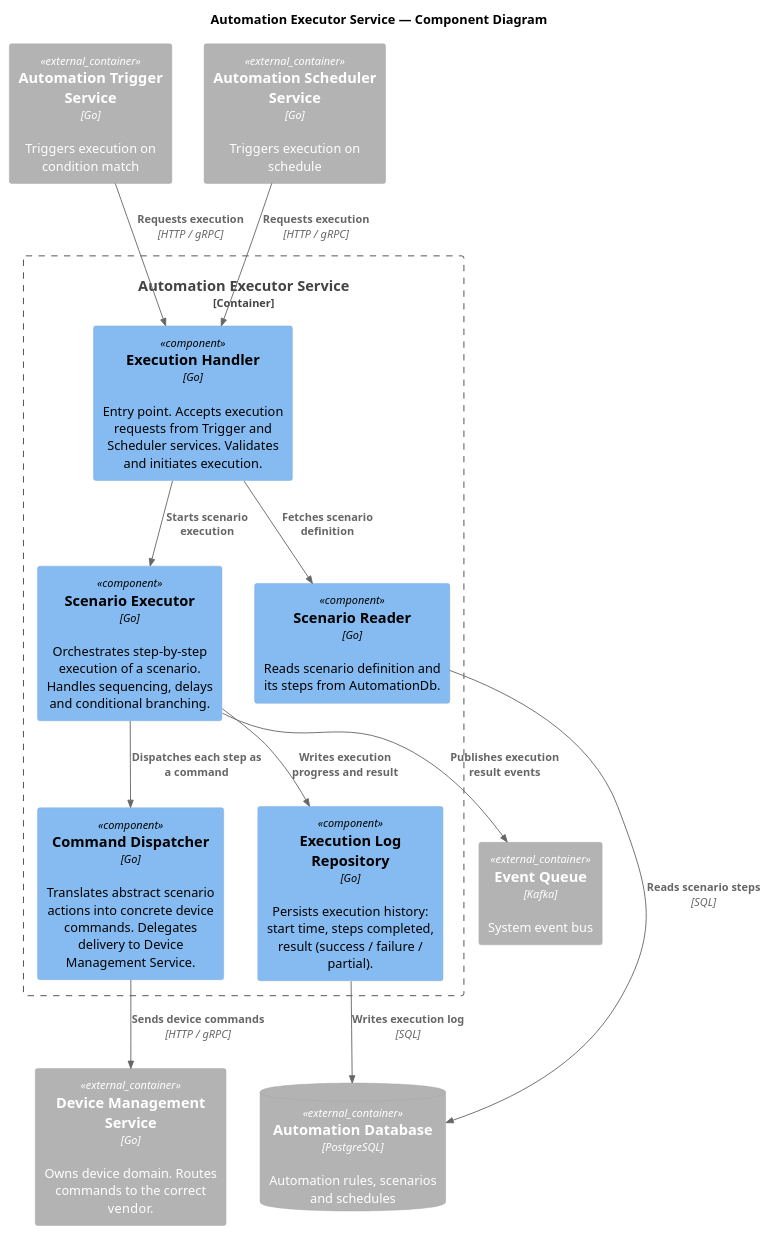
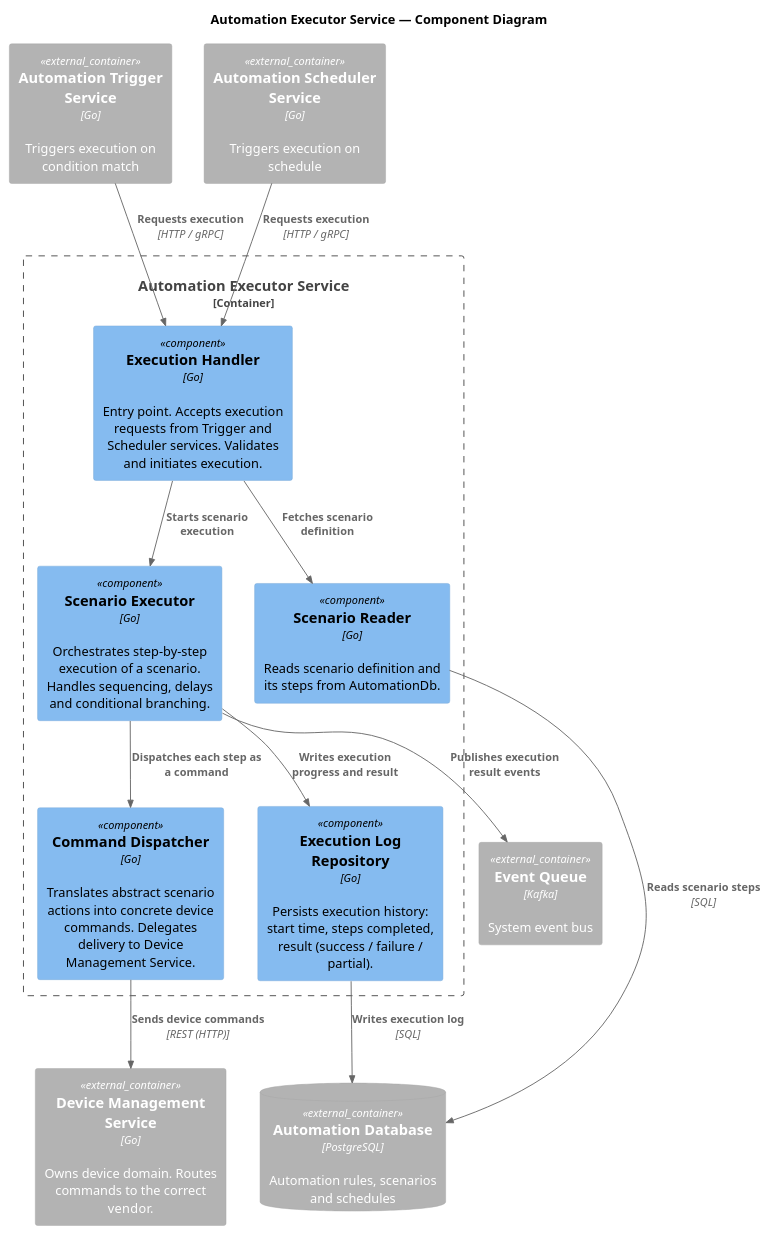
Before and after one commit to eugene-milostivenko/arch_01: the diagram in diagrams/components/automation_executor_service.puml, drawn with PlantUML. The commit also changed 3 other files, not shown here.

Commit message:
add code diagrams

```diff
--- a/diagrams/components/automation_executor_service.puml
+++ b/diagrams/components/automation_executor_service.puml
@@ -1,41 +1,41 @@
 @startuml
 title Automation Executor Service — Component Diagram
 top to bottom direction
 !include https://raw.githubusercontent.com/plantuml-stdlib/C4-PlantUML/master/C4_Component.puml
 
 ' ── External containers ───────────────────────────────────────────────────────
 Container_Ext(AutomationTriggerSvc,    "Automation Trigger Service",    "Go",        "Triggers execution on condition match")
 Container_Ext(AutomationSchedulerSvc,  "Automation Scheduler Service",  "Go",        "Triggers execution on schedule")
 Container_Ext(DeviceManagementSvc,     "Device Management Service",     "Go",        "Owns device domain. Routes commands to the correct vendor.")
 Container_Ext(EventQueue,              "Event Queue",                   "Kafka",     "System event bus")
 ContainerDb_Ext(AutomationDb,          "Automation Database",           "PostgreSQL","Automation rules, scenarios and schedules")
 
 ' ── Automation Executor Service boundary ─────────────────────────────────────
 Container_Boundary(AutomationExecutorService, "Automation Executor Service") {
 
   Component(ExecutionHandler,       "Execution Handler",        "Go",            "Entry point. Accepts execution requests from Trigger and Scheduler services. Validates and initiates execution.")
   Component(ScenarioReader,         "Scenario Reader",          "Go",            "Reads scenario definition and its steps from AutomationDb.")
   Component(ScenarioExecutor,       "Scenario Executor",        "Go",            "Orchestrates step-by-step execution of a scenario. Handles sequencing, delays and conditional branching.")
   Component(CommandDispatcher,      "Command Dispatcher",       "Go",            "Translates abstract scenario actions into concrete device commands. Delegates delivery to Device Management Service.")
   Component(ExecutionLogRepository, "Execution Log Repository", "Go",            "Persists execution history: start time, steps completed, result (success / failure / partial).")
 }
 
 ' ── Relations: inbound ───────────────────────────────────────────────────────
 Rel(AutomationTriggerSvc,   ExecutionHandler, "Requests execution", "HTTP / gRPC")
 Rel(AutomationSchedulerSvc, ExecutionHandler, "Requests execution", "HTTP / gRPC")
 
 ' ── Relations: internal ──────────────────────────────────────────────────────
 Rel(ExecutionHandler,  ScenarioReader,         "Fetches scenario definition")
 Rel(ExecutionHandler,  ScenarioExecutor,       "Starts scenario execution")
 
 Rel(ScenarioExecutor,  CommandDispatcher,      "Dispatches each step as a command")
 Rel(ScenarioExecutor,  ExecutionLogRepository, "Writes execution progress and result")
 
-Rel(CommandDispatcher, DeviceManagementSvc,     "Sends device commands",   "HTTP / gRPC")
+Rel(CommandDispatcher, DeviceManagementSvc,     "Sends device commands",   "REST (HTTP)")
 
 ' ── Relations: outbound ──────────────────────────────────────────────────────
 Rel(ScenarioReader,          AutomationDb,  "Reads scenario steps",    "SQL")
 Rel(ExecutionLogRepository,  AutomationDb,  "Writes execution log",    "SQL")
 Rel(ScenarioExecutor,        EventQueue,    "Publishes execution result events")
 
 @enduml
```
